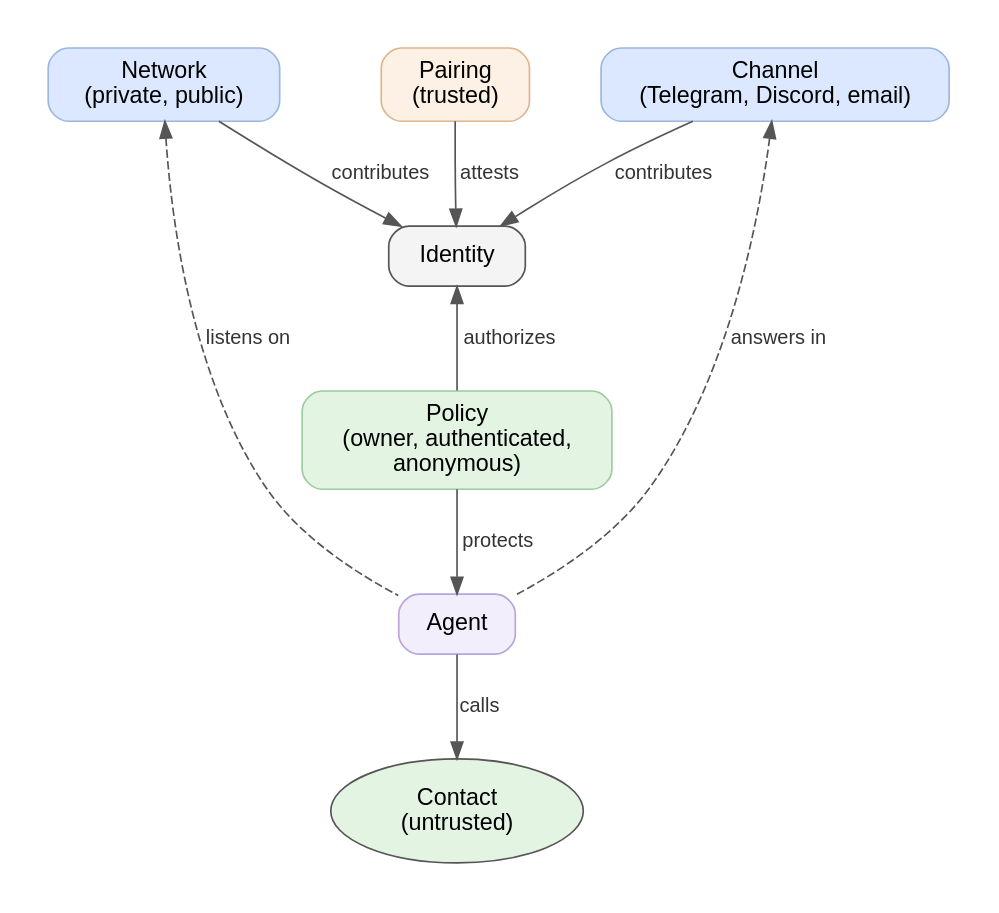
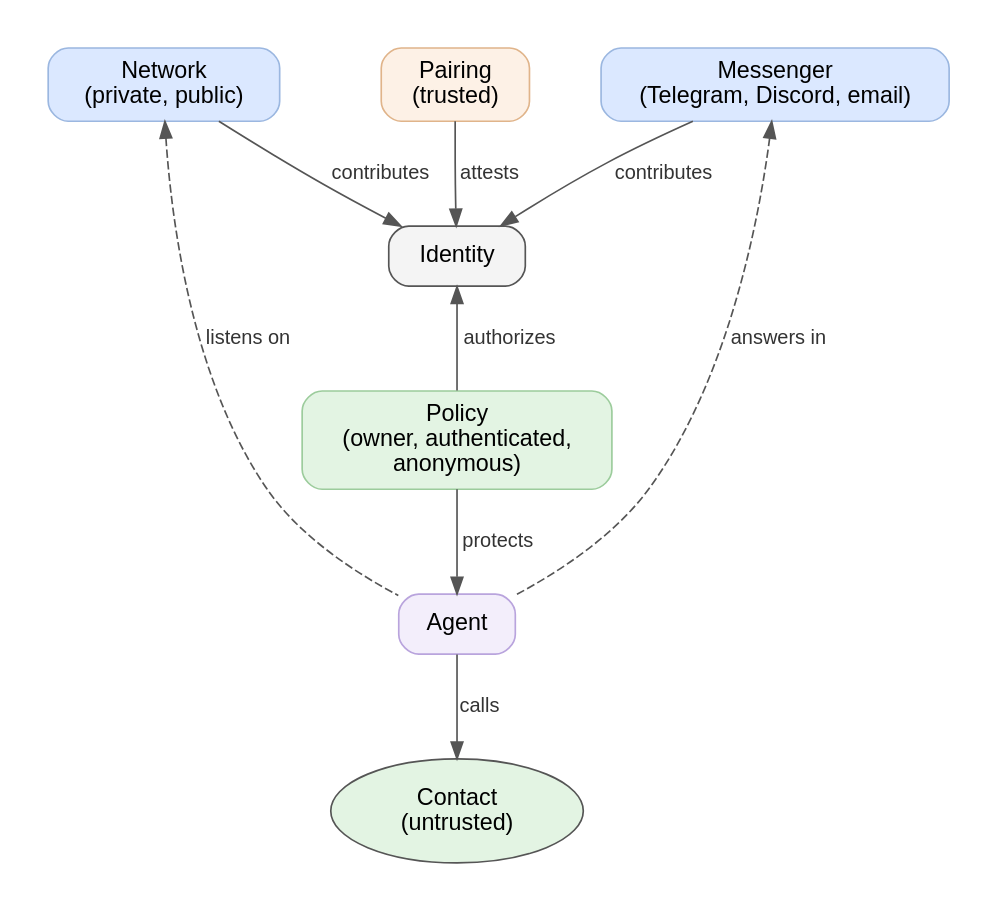
One commit to a2aproject/a2a-serve changed the diagram in docs/graphs/access-model-concepts.dot. Above: the diagram before and after it, drawn with Graphviz. The commit also changed 230 other files, not shown here.

```diff
--- a/docs/graphs/access-model-concepts.dot
+++ b/docs/graphs/access-model-concepts.dot
@@ -1,27 +1,27 @@
 // Concepts: the entities of the access model and how they relate.
 // Render: docs/graphs/render.sh access-model-concepts.dot
 digraph concepts {
   rankdir=TB;
   graph [fontname="Helvetica", fontsize=14, nodesep=0.6, ranksep=0.7, pad=0.3, newrank=true];
   node  [fontname="Helvetica", fontsize=14, shape=box, style="rounded,filled", fillcolor="#ffffff", color="#555555", margin="0.2,0.1"];
   edge  [fontname="Helvetica", fontsize=12, color="#555555", fontcolor="#333333"];
 
   { rank=same;
     Network [label="Network\n(private, public)", fillcolor="#dbe8ff", color="#9bb7e0"];
-    Channel [label="Channel\n(Telegram, Discord, email)", fillcolor="#dbe8ff", color="#9bb7e0"];
+    Messenger [label="Messenger\n(Telegram, Discord, email)", fillcolor="#dbe8ff", color="#9bb7e0"];
     Pairing [label="Pairing\n(trusted)", fillcolor="#fdf1e6", color="#e0b48a"];
   }
   Identity [fillcolor="#f4f4f4"];
   Policy   [label="Policy\n(owner, authenticated,\nanonymous)", fillcolor="#e3f4e3", color="#9ccc9c"];
   Agent    [fillcolor="#f3eefb", color="#b9a4dd"];
   Contact  [label="Contact\n(untrusted)", shape=ellipse, fillcolor="#e3f4e3"];
 
   Network -> Identity [label="contributes"];
-  Channel -> Identity [label="contributes"];
+  Messenger -> Identity [label="contributes"];
   Pairing -> Identity [label="attests"];
   Identity -> Policy  [dir=back, label="authorizes"];
   Policy  -> Agent    [label="protects"];
   Agent   -> Contact  [label="calls"];
   Network -> Agent    [dir=back, style=dashed, label="listens on"];
-  Channel -> Agent    [dir=back, style=dashed, label="answers in"];
+  Messenger -> Agent    [dir=back, style=dashed, label="answers in"];
 }
```
